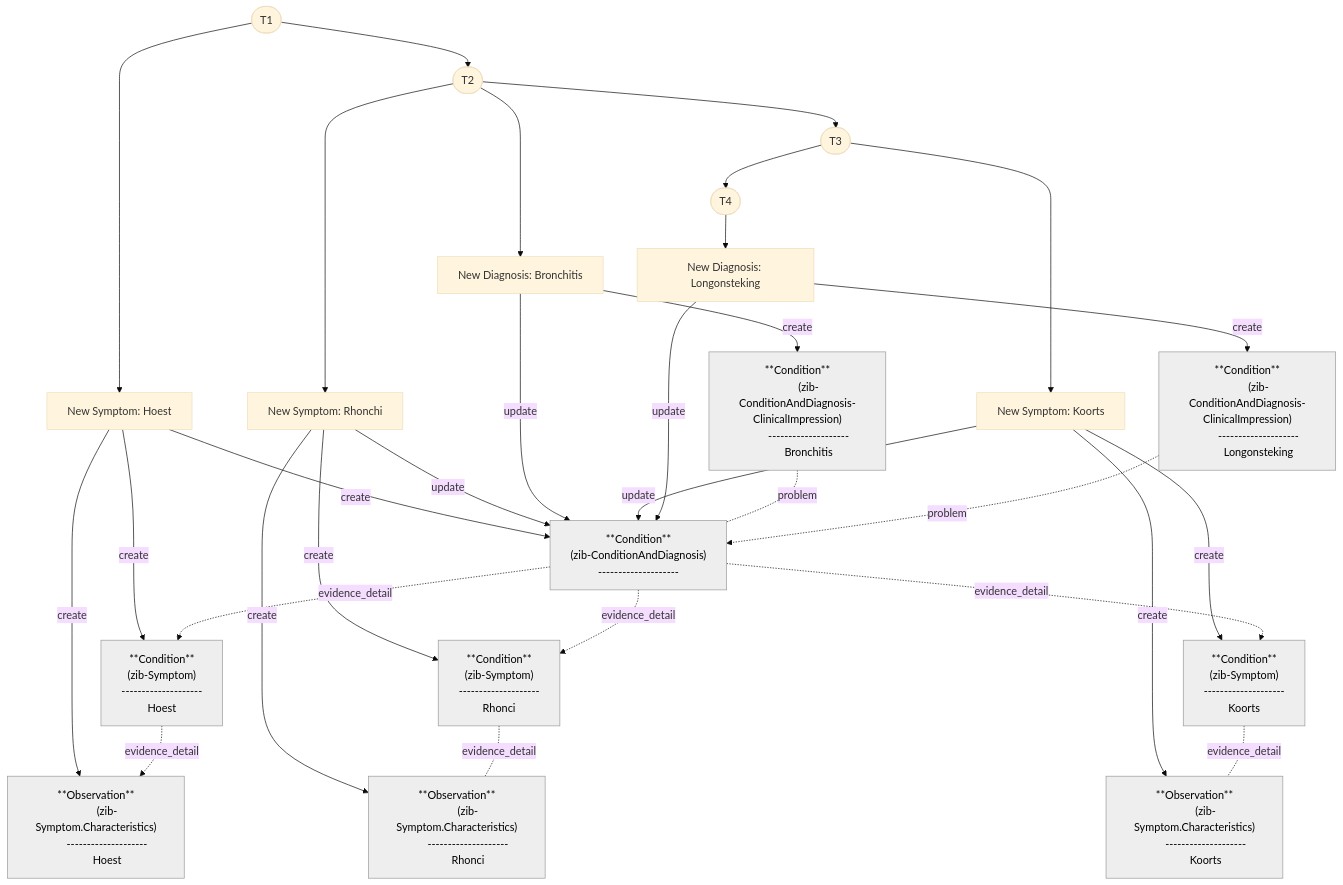
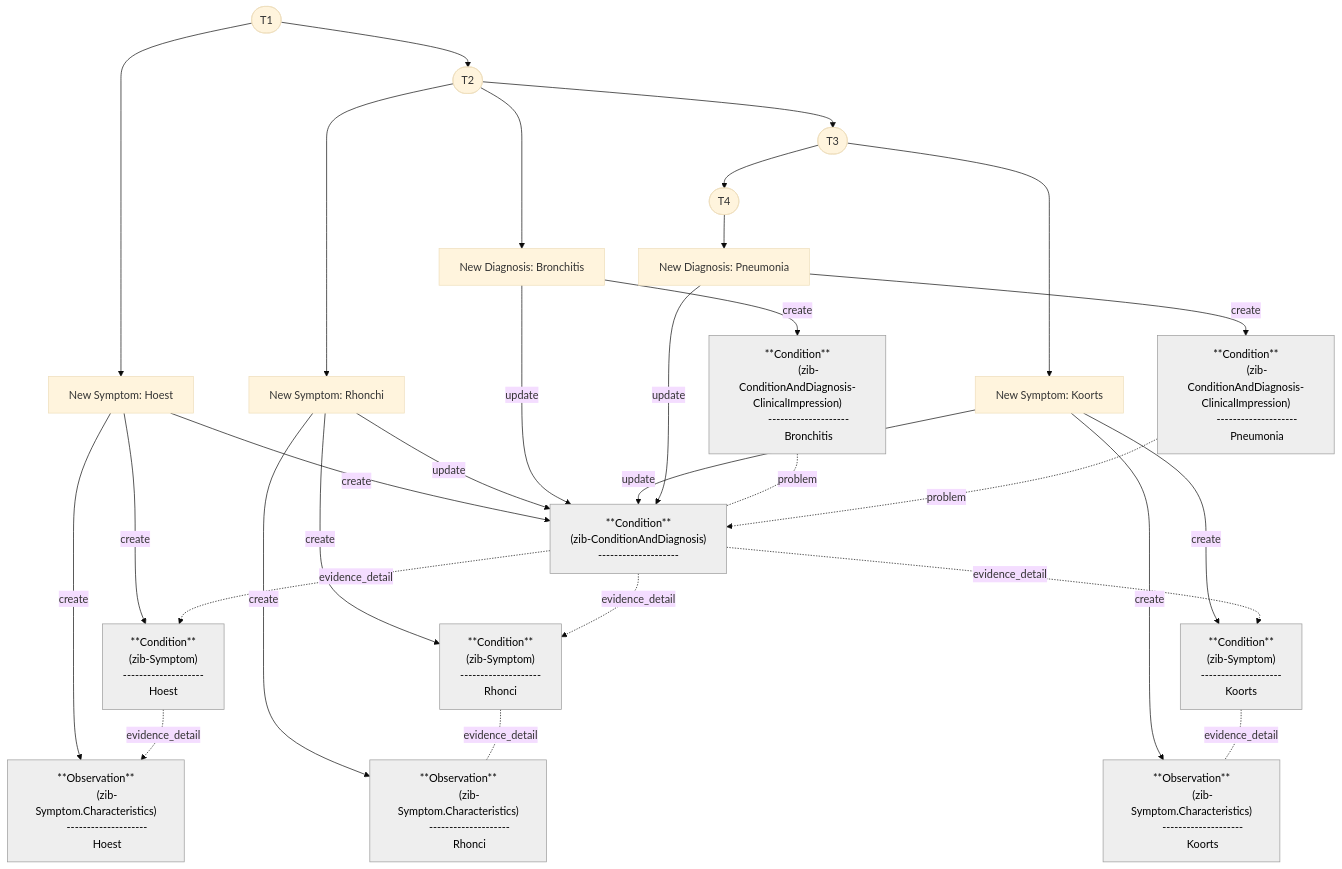
Before and after one commit to Nictiz/Nictiz-R4-zib2024: the second of 16 diagrams in documentation/Condition-Diagnosis-Symptom.md, drawn with Mermaid (base theme). The commit also changed other lines of this file, not shown here.

````diff
--- a/documentation/Condition-Diagnosis-Symptom.md
+++ b/documentation/Condition-Diagnosis-Symptom.md
@@ -65,59 +66,59 @@
 ```mermaid
 flowchart TB
     T1(["T1"]) --> T2(["T2"]) & Symptom_Hoest["New Symptom: Hoest"]
     T2 --> T3(["T3"]) & Symptom_Rhonci["New Symptom: Rhonchi"] & Diagnosis_Bronchitis["New Diagnosis: Bronchitis"]
     T3 --> T4(["T4"]) & Symptom_Koorts["New Symptom: Koorts"]
     Symptom_Hoest -- create --> S_Hoest["**Condition**
         (zib-Symptom)
         --------------------
         Hoest"] & SC_Hoest["**Observation**
         (zib-Symptom.Characteristics)
         --------------------
         Hoest"] & CD["**Condition**
         (zib-ConditionAndDiagnosis)
         --------------------"]
     Symptom_Rhonci -- create --> S_Rhonci["**Condition**
         (zib-Symptom)
         --------------------
         Rhonci"] & SC_Rhonci["**Observation**
         (zib-Symptom.Characteristics)
         --------------------
         Rhonci"]
     Symptom_Rhonci -- update --> CD
     Diagnosis_Bronchitis -- create --> CDCI_Bronchitis["**Condition**
         (zib-ConditionAndDiagnosis-ClinicalImpression)
         --------------------
         Bronchitis"]
     Diagnosis_Bronchitis -- update --> CD
     Symptom_Koorts -- create --> S_Koorts["**Condition**
         (zib-Symptom)
         --------------------
         Koorts"] & SC_Koorts["**Observation**
         (zib-Symptom.Characteristics)
         --------------------
         Koorts"]
     Symptom_Koorts -- update --> CD
-    T4 --> Diagnosis_Longontsteking["New Diagnosis: Longonsteking"]
-    Diagnosis_Longontsteking -- create --> CDCI_Longonsteking["**Condition**
+    T4 --> Diagnosis_Longontsteking["New Diagnosis: Pneumonia"]
+    Diagnosis_Longontsteking -- create --> CDCI_Pneumonia["**Condition**
         (zib-ConditionAndDiagnosis-ClinicalImpression)
         --------------------
-        Longonsteking"]
+        Pneumonia"]
     Diagnosis_Longontsteking -- update --> CD
     CD -. evidence_detail .-> S_Hoest & S_Rhonci & S_Koorts
     S_Hoest -. evidence_detail .-> SC_Hoest
     S_Rhonci -. evidence_detail .- SC_Rhonci
     CDCI_Bronchitis -. problem .- CD
-    CDCI_Longonsteking -. problem .-> CD
+    CDCI_Pneumonia -. problem .-> CD
     S_Koorts -. evidence_detail .- SC_Koorts
 
      S_Hoest:::Ash
      SC_Hoest:::Ash
      CD:::Ash
      S_Rhonci:::Ash
      SC_Rhonci:::Ash
      CDCI_Bronchitis:::Ash
      S_Koorts:::Ash
      SC_Koorts:::Ash
-     CDCI_Longonsteking:::Ash
+     CDCI_Pneumonia:::Ash
     classDef Ash stroke-width:1px, stroke-dasharray:none, stroke:#999999, fill:#EEEEEE, color:#000000
 ```
````
